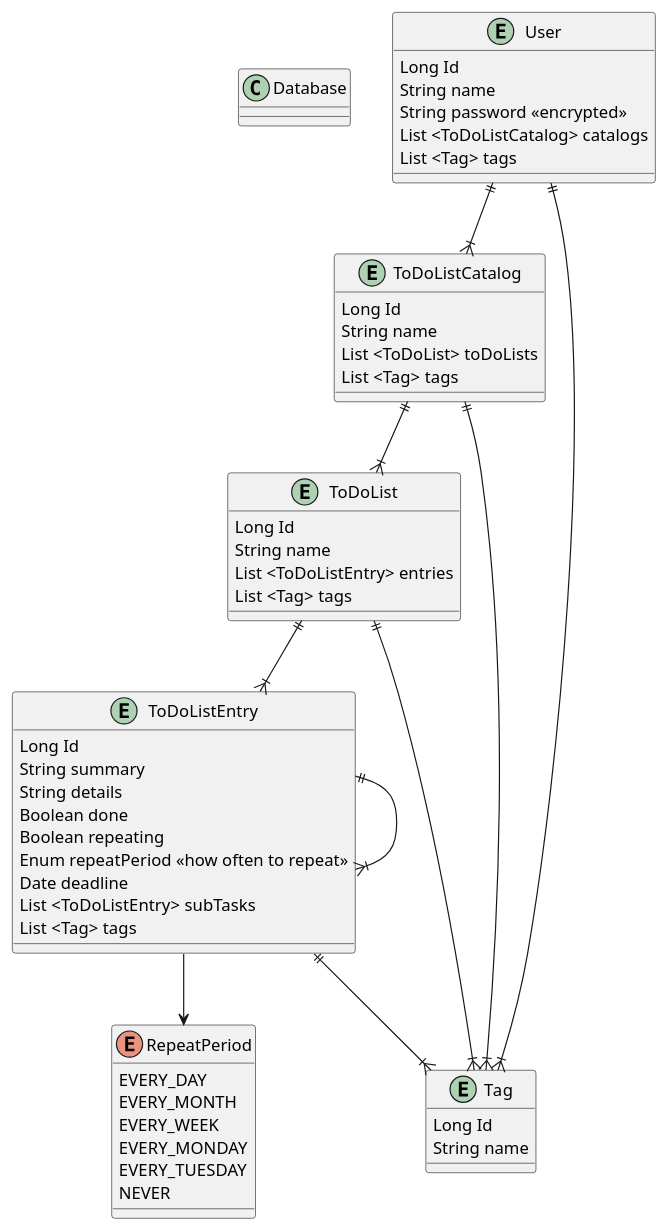
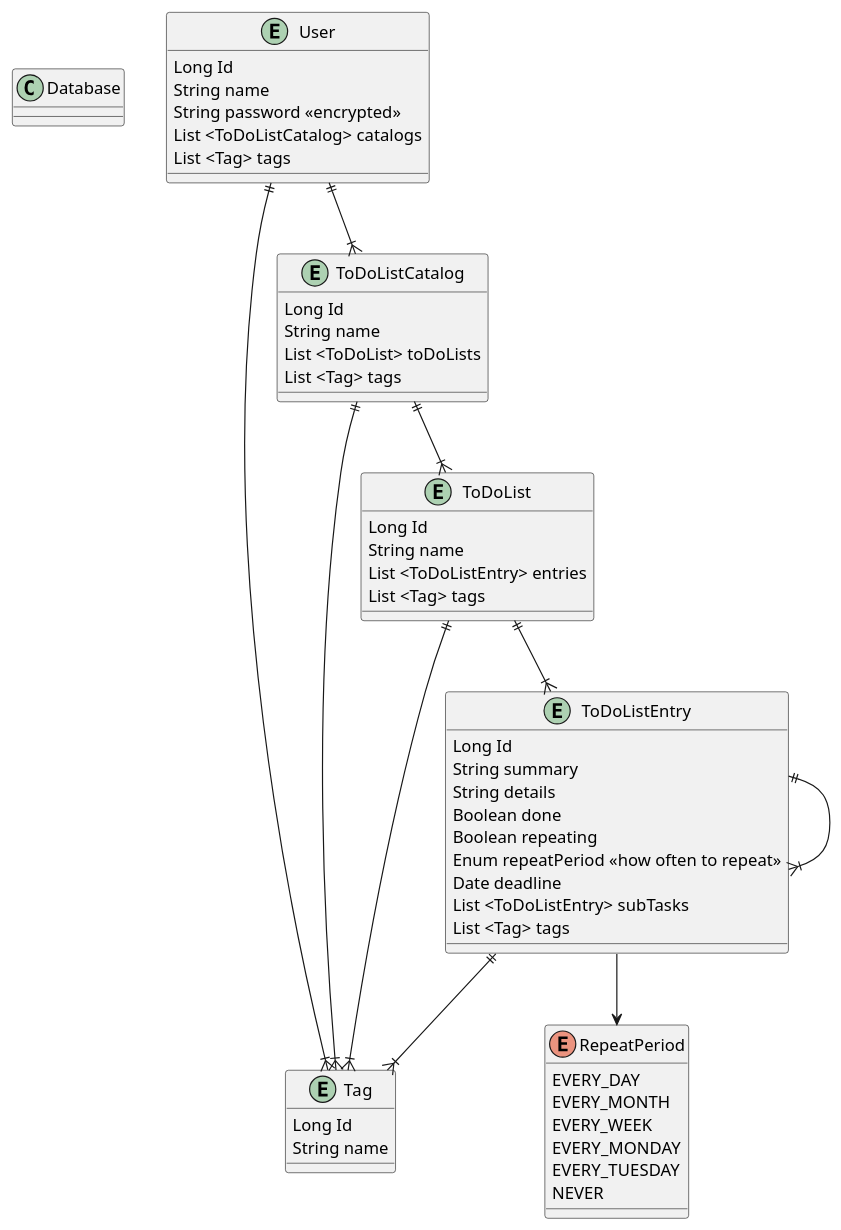
Before and after one commit to Basta-Gruppen-Java-2025-kurs/todo-appen: the diagram in todoStructure.puml, drawn with PlantUML. The commit also changed other lines of this file and 1 other file, not shown here.

Commit message:
* Saved class diagram as an image

```diff
--- a/todoStructure.puml
+++ b/todoStructure.puml
@@ -1,65 +1,65 @@
 @startuml
 'https://plantuml.com/class-diagram
 
 class Database {
+}
+
+entity Tag {
+    Long Id
+    String name
 }
 
 entity ToDoListCatalog {
     Long Id
     String name
     List <ToDoList> toDoLists
     List <Tag> tags
 }
 
 entity ToDoList {
     Long Id
     String name
     List <ToDoListEntry> entries
     List <Tag> tags
-}
-
-entity Tag {
-    Long Id
-    String name
 }
 
 entity ToDoListEntry {
     Long Id
     String summary
     String details
     Boolean done
     Boolean repeating
     Enum repeatPeriod <<how often to repeat>>
     Date deadline
     List <ToDoListEntry> subTasks
     List <Tag> tags
 }
 
 enum RepeatPeriod {
     EVERY_DAY
     EVERY_MONTH
     EVERY_WEEK
     EVERY_MONDAY
     EVERY_TUESDAY
     NEVER
 }
 
 entity User {
     Long Id
     String name
     String password <<encrypted>>
     List <ToDoListCatalog> catalogs
     List <Tag> tags
 }
 
 User ||--|{ ToDoListCatalog
 User ||--|{ Tag
 ToDoListCatalog ||--|{ ToDoList
 ToDoList ||--|{ ToDoListEntry
 ToDoListEntry ||--|{ ToDoListEntry
 ToDoListCatalog ||--|{ Tag
 ToDoList ||--|{ Tag
 ToDoListEntry ||--|{ Tag
 ToDoListEntry --> RepeatPeriod
 
 @enduml
```
